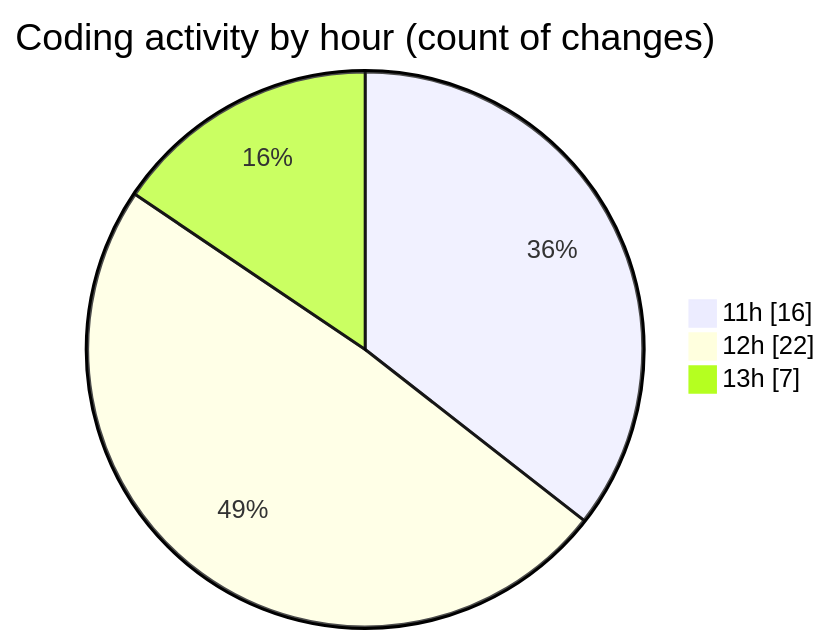
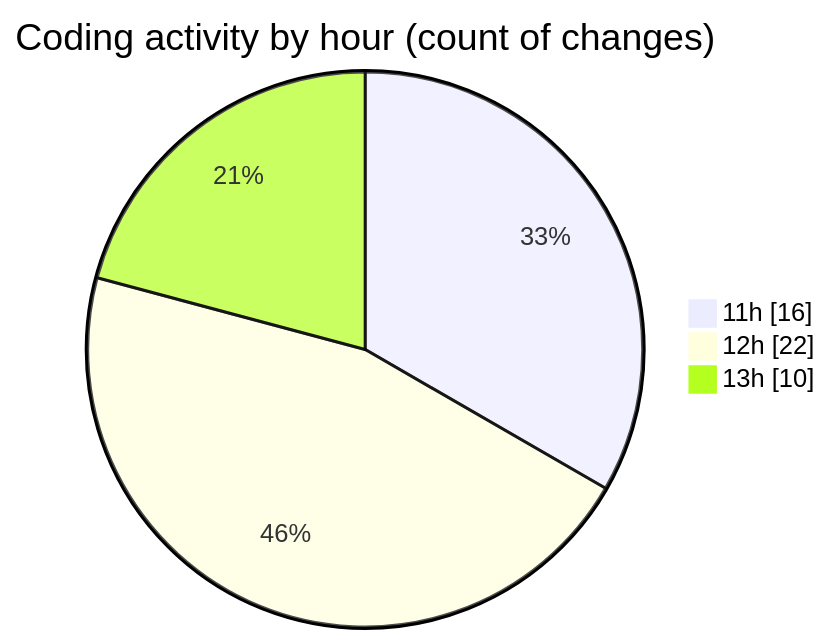
The second of 2 diagrams in 2025-03-25/wordle/README.md (donsfak/code-tracking), drawn with Mermaid before and after one commit. The commit also changed other lines of this file and 1 other file, not shown here.

````diff
--- a/2025-03-25/wordle/README.md
+++ b/2025-03-25/wordle/README.md
@@ -34,7 +34,7 @@
 ```mermaid
 pie showData
 title Coding activity by hour (count of changes)
 "11h" : 16
 "12h" : 22
-"13h" : 7
+"13h" : 10
 ```
````
